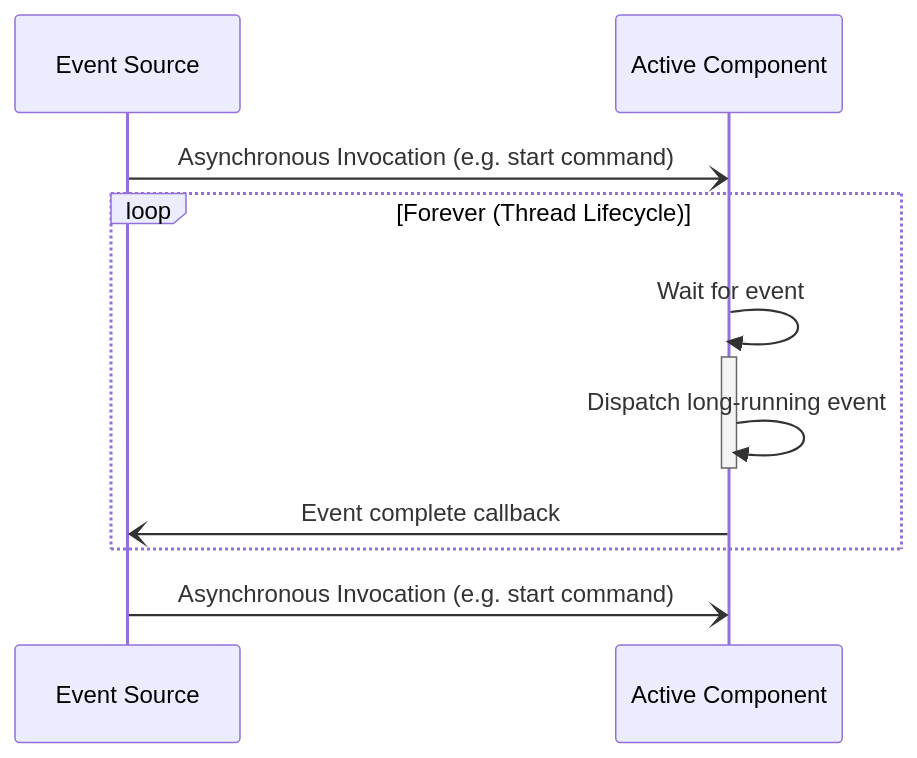
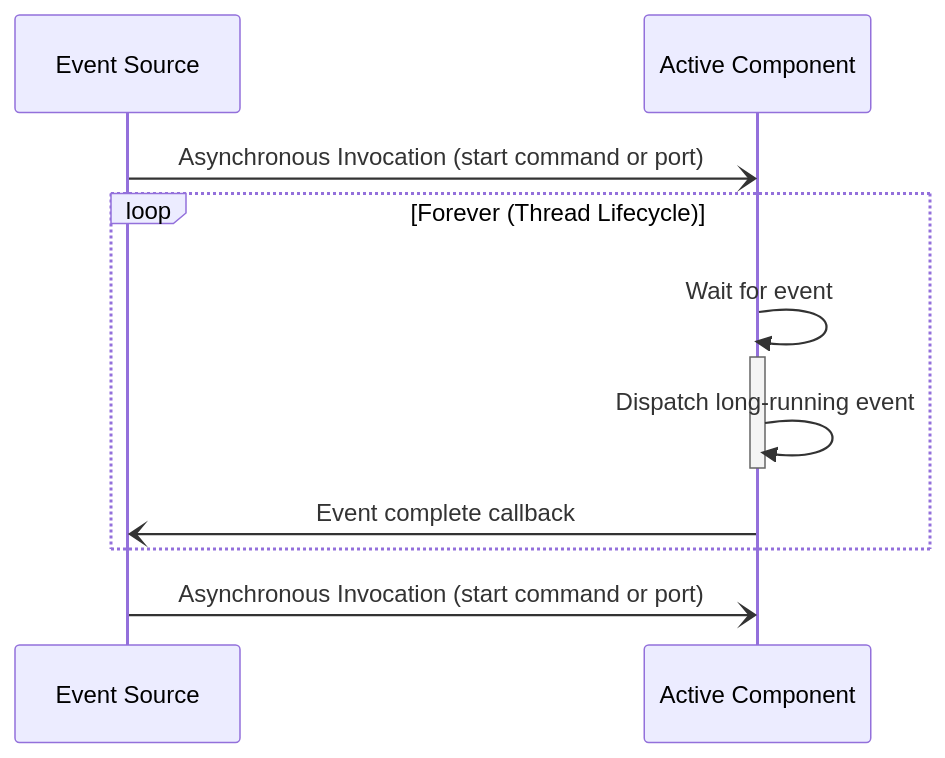
Before and after one commit to nasa/fprime: the fourth of 7 diagrams in docs/user-manual/framework/component-and-port-selection.md, drawn with Mermaid. The commit also changed other lines of this file, not shown here.

````diff
--- a/docs/user-manual/framework/component-and-port-selection.md
+++ b/docs/user-manual/framework/component-and-port-selection.md
@@ -136,16 +149,16 @@
 ```mermaid
 sequenceDiagram
     participant E as Event Source
     participant C1 as Active Component
 
 
-    E-)C1: Asynchronous Invocation (e.g. start command)
+    E-)C1: Asynchronous Invocation (start command or port)
 
     loop Forever (Thread Lifecycle)
         C1->>+C1: Wait for event
         C1->>C1: Dispatch long-running event
         deactivate C1
         C1-)E: Event complete callback
     end
-    E-)C1: Asynchronous Invocation (e.g. start command)
+    E-)C1: Asynchronous Invocation (start command or port)
 ```
````
